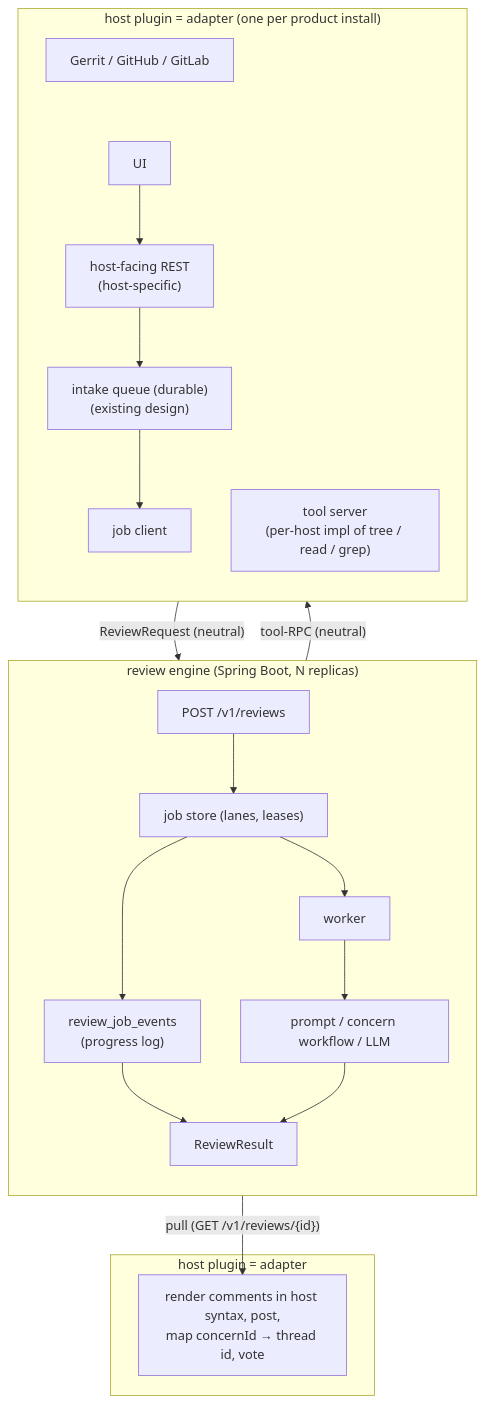
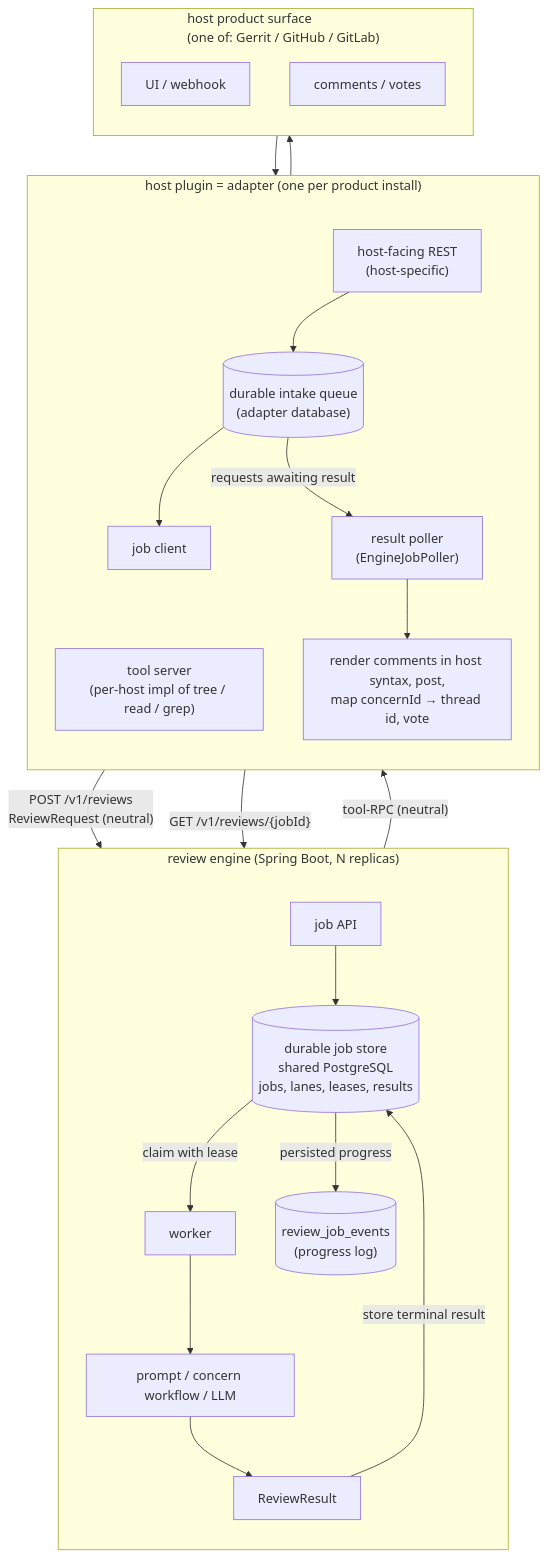
The diagram in docs/proposals/backend-frontend-split.md (amarula/reviewai-gerrit-plugin), drawn with Mermaid before and after one commit. The commit also changed other lines of this file, not shown here.

Commit message:
docs: clarify remote-mode topology and result polling
Separate the host surface from the adapter and show both durable stores.
Clarify submission, result polling, publication, and tool-RPC flows.
Remove the misleading progress-to-result arrow and update the key
properties to match the diagram.

````diff
--- a/docs/proposals/backend-frontend-split.md
+++ b/docs/proposals/backend-frontend-split.md
@@ -148,42 +148,59 @@
 ```mermaid
+---
+config:
+  flowchart:
+    subGraphTitleMargin:
+      bottom: 30
+---
 flowchart TB
   subgraph Engine["review engine (Spring Boot, N replicas)"]
     direction TB
-    Submit["POST /v1/reviews"]
-    Jobs["job store (lanes, leases)"]
+    API["job API"]
+    Jobs[("durable job store<br/>shared PostgreSQL<br/>jobs, lanes, leases, results")]
     Worker["worker"]
-    Events["review_job_events<br/>(progress log)"]
+    Events[("review_job_events<br/>(progress log)")]
     Workflow["prompt / concern workflow / LLM"]
     Result["ReviewResult"]
 
-    Submit --> Jobs
-    Jobs --> Worker
-    Jobs --> Events
+    API --> Jobs
+    Jobs -->|"claim with lease"| Worker
+    Jobs -->|"persisted progress"| Events
     Worker --> Workflow
-    Events --> Result
     Workflow --> Result
+    Result -->|"store terminal result"| Jobs
   end
 
-  subgraph AdapterIn["host plugin = adapter (one per product install)"]
+  subgraph Adapter["host plugin = adapter (one per product install)"]
     direction TB
-    Products["Gerrit / GitHub / GitLab"]
-    UI["UI"]
     Rest["host-facing REST<br/>(host-specific)"]
-    Intake["intake queue (durable)<br/>(existing design)"]
+    Intake[("durable intake queue<br/>(adapter database)")]
     Client["job client"]
+    Poller["result poller<br/>(EngineJobPoller)"]
+    Publish["render comments in host syntax, post,<br/>map concernId → thread id, vote"]
     Tools["tool server<br/>(per-host impl of tree / read / grep)"]
 
-    Products ~~~ UI
-    UI --> Rest
     Rest --> Intake
     Intake --> Client
+    Intake -->|"requests awaiting result"| Poller
+    Poller --> Publish
+
+    %% Stagger the right-hand nodes to clear the engine-facing arrows.
+    Rest ~~~ Poller
+    Poller ~~~ Intake
+    Client ~~~ Tools
   end
 
-  subgraph AdapterOut["host plugin = adapter"]
-    Publish["render comments in host syntax, post,<br/>map concernId → thread id, vote"]
+  subgraph Host["host product surface<br/>(one of: Gerrit / GitHub / GitLab)"]
+    direction TB
+    UI["UI / webhook"]
+    Reviews["comments / votes"]
   end
 
+  UI --> Rest
+  Client -->|"POST /v1/reviews<br/>ReviewRequest (neutral)"| API
+  Poller -->|"GET /v1/reviews/{jobId}"| API
+  %% Keep the adapter and engine side by side without a response arrow.
+  API ~~~ Poller
   Worker -->|"tool-RPC (neutral)"| Tools
-  Client -->|"ReviewRequest (neutral)"| Submit
-  Result -->|"pull (GET /v1/reviews/{id})"| Publish
+  Publish --> Reviews
 ```
````
